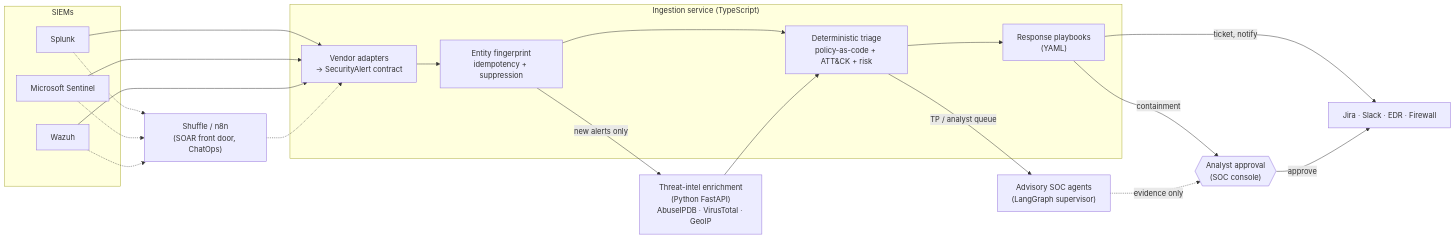
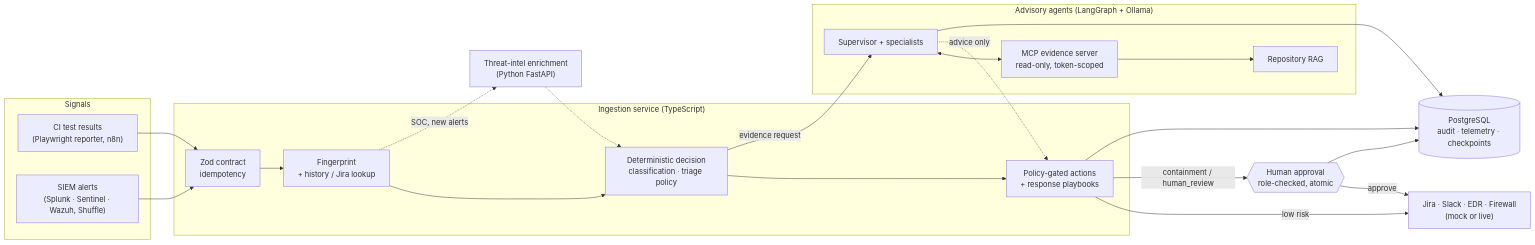
Before and after one commit to rabinavidan/automation-failure-orchestrator: the diagram in README.md, drawn with Mermaid. The commit also changed other lines of this file and 4 other files, not shown here.

````diff
--- a/README.md
+++ b/README.md
@@ -77,26 +82,35 @@
 ```mermaid
 flowchart LR
-    subgraph SIEM["SIEMs"]
-        S1[Splunk] & S2[Microsoft Sentinel] & S3[Wazuh]
+    subgraph IN["Signals"]
+        CI["CI test results<br/>(Playwright reporter, n8n)"]
+        SIEM["SIEM alerts<br/>(Splunk · Sentinel · Wazuh, Shuffle)"]
     end
-    SOAR["Shuffle / n8n<br/>(SOAR front door, ChatOps)"]
-    subgraph CORE["Ingestion service (TypeScript)"]
-        NORM["Vendor adapters<br/>→ SecurityAlert contract"]
-        DEDUP["Entity fingerprint<br/>idempotency + suppression"]
-        TRIAGE["Deterministic triage<br/>policy-as-code + ATT&CK + risk"]
-        PB["Response playbooks<br/>(YAML)"]
+    subgraph TS["Ingestion service (TypeScript)"]
+        VAL["Zod contract<br/>idempotency"]
+        FP["Fingerprint<br/>+ history / Jira lookup"]
+        DEC["Deterministic decision<br/>classification · triage policy"]
+        POL["Policy-gated actions<br/>+ response playbooks"]
     end
-    ENR["Threat-intel enrichment<br/>(Python FastAPI)<br/>AbuseIPDB · VirusTotal · GeoIP"]
-    AI["Advisory SOC agents<br/>(LangGraph supervisor)"]
-    HUMAN{{"Analyst approval<br/>(SOC console)"}}
-    ACT["Jira · Slack · EDR · Firewall"]
-    S1 & S2 & S3 --> NORM
-    S1 & S2 & S3 -.-> SOAR -.-> NORM
-    NORM --> DEDUP --> TRIAGE
-    DEDUP -- new alerts only --> ENR --> TRIAGE
-    TRIAGE -- TP / analyst queue --> AI
-    TRIAGE --> PB
-    PB -- ticket, notify --> ACT
-    PB -- containment --> HUMAN -- approve --> ACT
-    AI -. evidence only .-> HUMAN
+    ENR["Threat-intel enrichment<br/>(Python FastAPI)"]
+    subgraph AI["Advisory agents (LangGraph + Ollama)"]
+        SUP["Supervisor + specialists"]
+        MCP["MCP evidence server<br/>read-only, token-scoped"]
+        RAG["Repository RAG"]
+    end
+    GATE{{"Human approval<br/>role-checked, atomic"}}
+    ACT["Jira · Slack · EDR · Firewall<br/>(mock or live)"]
+    AUD[("PostgreSQL<br/>audit · telemetry · checkpoints")]
+    CI --> VAL
+    SIEM --> VAL
+    VAL --> FP --> DEC --> POL
+    FP -. SOC, new alerts .-> ENR -.-> DEC
+    DEC -- evidence request --> SUP
+    SUP <--> MCP
+    MCP --> RAG
+    SUP -. advice only .-> POL
+    POL -- low risk --> ACT
+    POL -- containment / human_review --> GATE -- approve --> ACT
+    POL --> AUD
+    SUP --> AUD
+    GATE --> AUD
 ```
````
